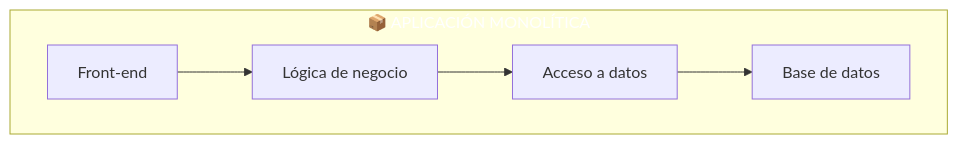
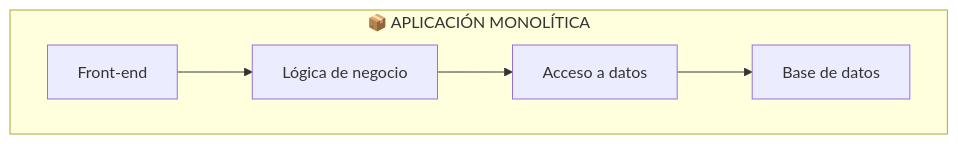
Before and after one commit to joseluisgs/DesarrolloWebEntornosServidor-01-2026-2027: the second of 5 diagrams in 03-arquitecturas-web.md, drawn with Mermaid. The commit also changed other lines of this file and 15 other files, not shown here.

Commit message:
docs: quitar el relleno a los subgraf de los diagramas y corregir comillas y rayas sueltas

````diff
--- a/03-arquitecturas-web.md
+++ b/03-arquitecturas-web.md
@@ -51,13 +51,12 @@
 ```mermaid
 graph TD
     subgraph MONOLITO["📦 APLICACIÓN MONOLÍTICA"]
         A["Front-end"]
         B["Lógica de negocio"]
         C["Acceso a datos"]
         D["Base de datos"]
     end
 
     A --> B --> C --> D
 
-    style MONOLITO fill:#FF980,color:#fff0,color:#fff
 ```
````
